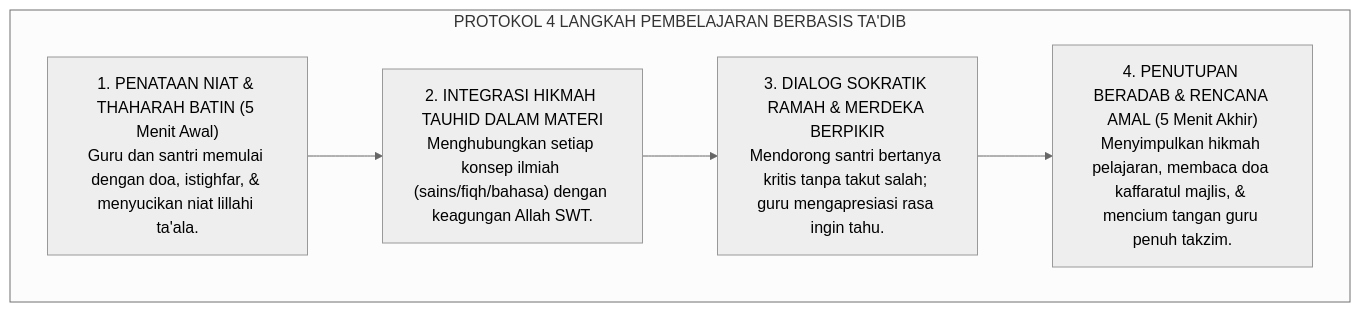
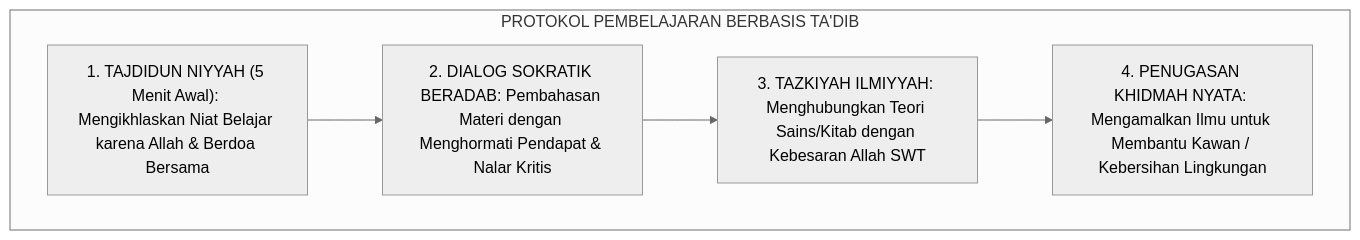
One commit to wandiapriliyandi/tumbuh changed the fourth of 4 diagrams in 01 Philosophy/04 Education/P1-04-01-Falsafah-Tarbiyah-Tadib-Talim.md. Above: the diagram before and after it, drawn with Mermaid (neutral theme). The commit also changed other lines of this file and 7 other files, not shown here.

````diff
--- a/01 Philosophy/04 Education/P1-04-01-Falsafah-Tarbiyah-Tadib-Talim.md
+++ b/01 Philosophy/04 Education/P1-04-01-Falsafah-Tarbiyah-Tadib-Talim.md
@@ -336,14 +185,9 @@
 ```mermaid
 flowchart TD
-    subgraph StandarPembelajaranTadib["PROTOKOL 4 LANGKAH PEMBELAJARAN BERBASIS TA'DIB"]
-        Niat["1. PENATAAN NIAT & THAHARAH BATIN (5 Menit Awal)<br/>Guru dan santri memulai dengan doa, istighfar, & menyucikan niat lillahi ta'ala."]
-        
-        Koneksi["2. INTEGRASI HIKMAH TAUHID DALAM MATERI<br/>Menghubungkan setiap konsep ilmiah (sains/fiqh/bahasa) dengan keagungan Allah SWT."]
-        
-        Dialog["3. DIALOG SOKRATIK RAMAH & MERDEKA BERPIKIR<br/>Mendorong santri bertanya kritis tanpa takut salah; guru mengapresiasi rasa ingin tahu."]
-        
-        Refleksi["4. PENUTUPAN BERADAB & RENCANA AMAL (5 Menit Akhir)<br/>Menyimpulkan hikmah pelajaran, membaca doa kaffaratul majlis, & mencium tangan guru penuh takzim."]
-        
-        Niat --> Koneksi --> Dialog --> Refleksi
+    subgraph ProtokolTa'dibPembelajaran["PROTOKOL PEMBELAJARAN BERBASIS TA'DIB"]
+        Niat["1. TAJDIDUN NIYYAH (5 Menit Awal): Mengikhlaskan Niat Belajar karena Allah & Berdoa Bersama"]
+        --> Dialog["2. DIALOG SOKRATIK BERADAB: Pembahasan Materi dengan Menghormati Pendapat & Nalar Kritis"]
+        --> Refleksi["3. TAZKIYAH ILMIYYAH: Menghubungkan Teori Sains/Kitab dengan Kebesaran Allah SWT"]
+        --> Khidmah["4. PENUGASAN KHIDMAH NYATA: Mengamalkan Ilmu untuk Membantu Kawan / Kebersihan Lingkungan"]
     end
 ```
````
